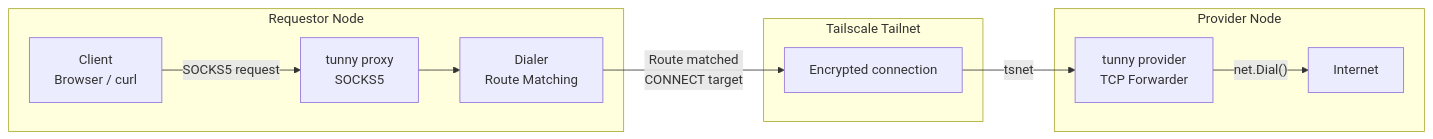
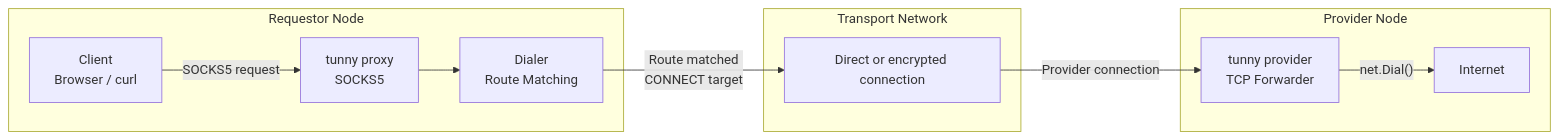
The first of 4 diagrams in README.md (Aldiwildan77/tunny), drawn with Mermaid before and after one commit. The commit also changed other lines of this file, not shown here.

Commit message:
docs: update network topology example about the tunny nodes

````diff
--- a/README.md
+++ b/README.md
@@ -125,25 +125,25 @@
 ```mermaid
 flowchart LR
     subgraph Requestor["Requestor Node"]
         Client["Client<br/>Browser / curl"]
         Proxy["tunny proxy<br/>SOCKS5"]
         Dialer["Dialer<br/>Route Matching"]
 
         Client -->|"SOCKS5 request"| Proxy
         Proxy --> Dialer
     end
 
-    subgraph Tailscale["Tailscale Tailnet"]
-        TS["Encrypted connection"]
+    subgraph TransportNetwork["Transport Network"]
+      TS["Direct or encrypted connection"]
     end
 
     subgraph Provider["Provider Node"]
         ProviderServer["tunny provider<br/>TCP Forwarder"]
         Internet["Internet"]
 
         ProviderServer -->|"net.Dial()"| Internet
     end
 
     Dialer -->|"Route matched<br/>CONNECT target"| TS
-    TS -->|"tsnet"| ProviderServer
+    TS -->|"Provider connection"| ProviderServer
 ```
````
